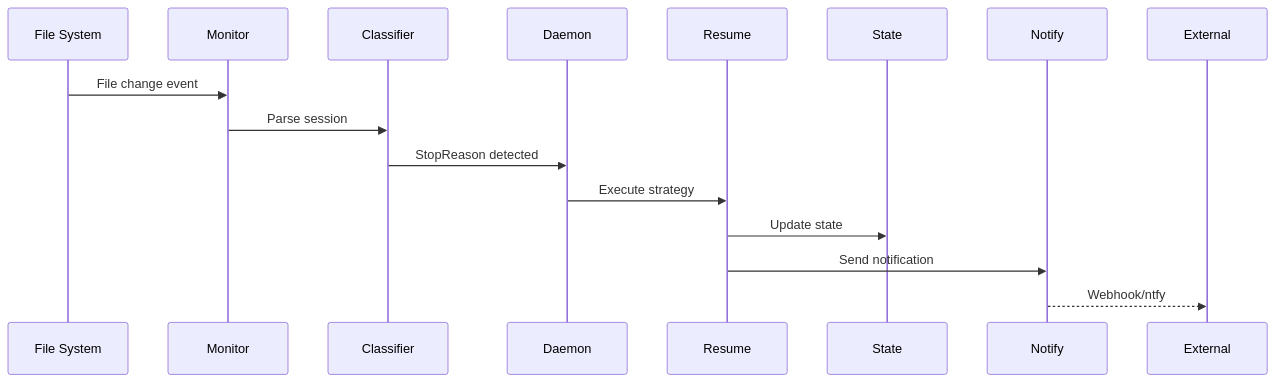
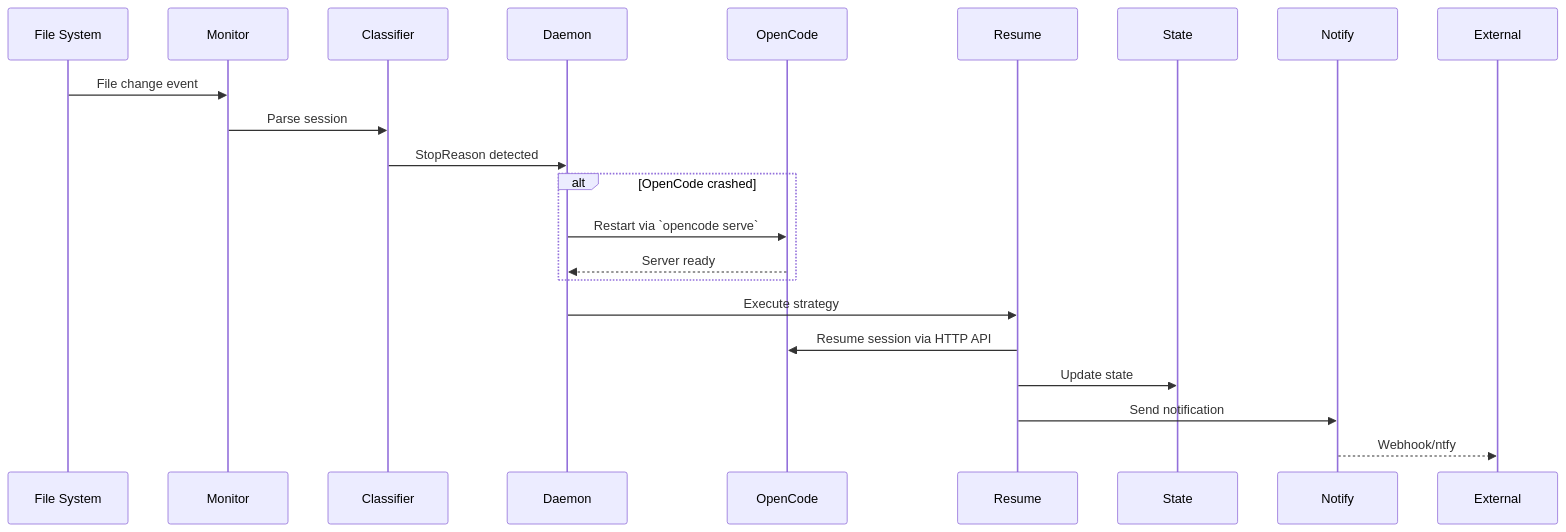
The third of 3 diagrams in _bmad-output/planning-artifacts/architecture.md (Jack-R-Hong/palingenesis), drawn with Mermaid before and after one commit. The commit also changed other lines of this file and 45 other files, not shown here.

````diff
--- a/_bmad-output/planning-artifacts/architecture.md
+++ b/_bmad-output/planning-artifacts/architecture.md
@@ -685,18 +720,24 @@
 ```mermaid
 sequenceDiagram
     participant FS as File System
     participant M as Monitor
     participant C as Classifier
     participant D as Daemon
+    participant OC as OpenCode
     participant R as Resume
     participant S as State
     participant N as Notify
     
     FS->>M: File change event
     M->>C: Parse session
     C->>D: StopReason detected
+    alt OpenCode crashed
+        D->>OC: Restart via `opencode serve`
+        OC-->>D: Server ready
+    end
     D->>R: Execute strategy
+    R->>OC: Resume session via HTTP API
     R->>S: Update state
     R->>N: Send notification
     N-->>External: Webhook/ntfy
 ```
````
